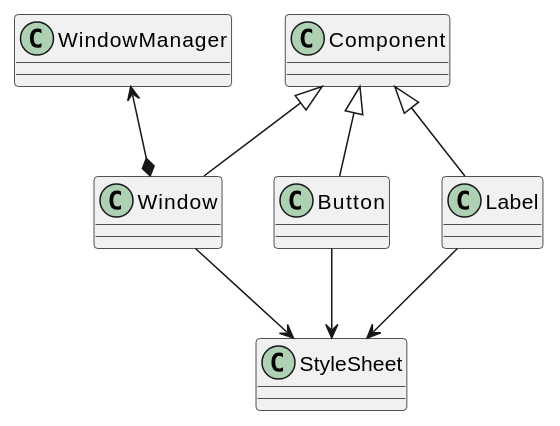
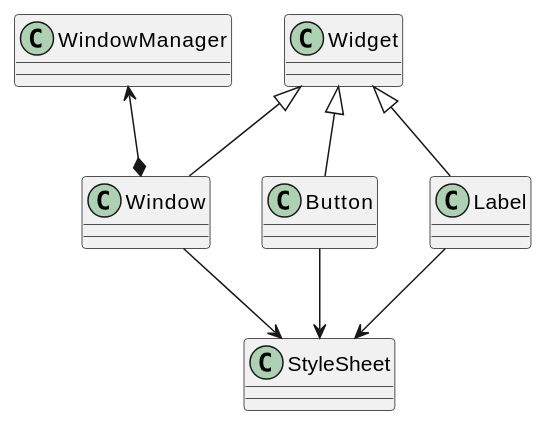
The diagram in docs/gui/Design.md (radx64/battle_tanks), drawn with PlantUML before and after one commit. The commit also changed other lines of this file and 52 other files, not shown here.

Commit message:
[GUI] Rename gui::Component to gui::Widget

````diff
--- a/docs/gui/Design.md
+++ b/docs/gui/Design.md
@@ -53,24 +51,24 @@
 ```plantuml
 @startuml
 class WindowManager
 
-class Component
+class Widget
 
 class Window
 class Button
 class Label
 
-Component <|-- Label
+Widget <|-- Label
 
-Component <|-- Window
-Component <|--  Button
+Widget <|-- Window
+Widget <|--  Button
 
 Window *--up> WindowManager
 
 Window --> StyleSheet
 Button --> StyleSheet
 Label --> StyleSheet
 
 @enduml
 
 ```
````
